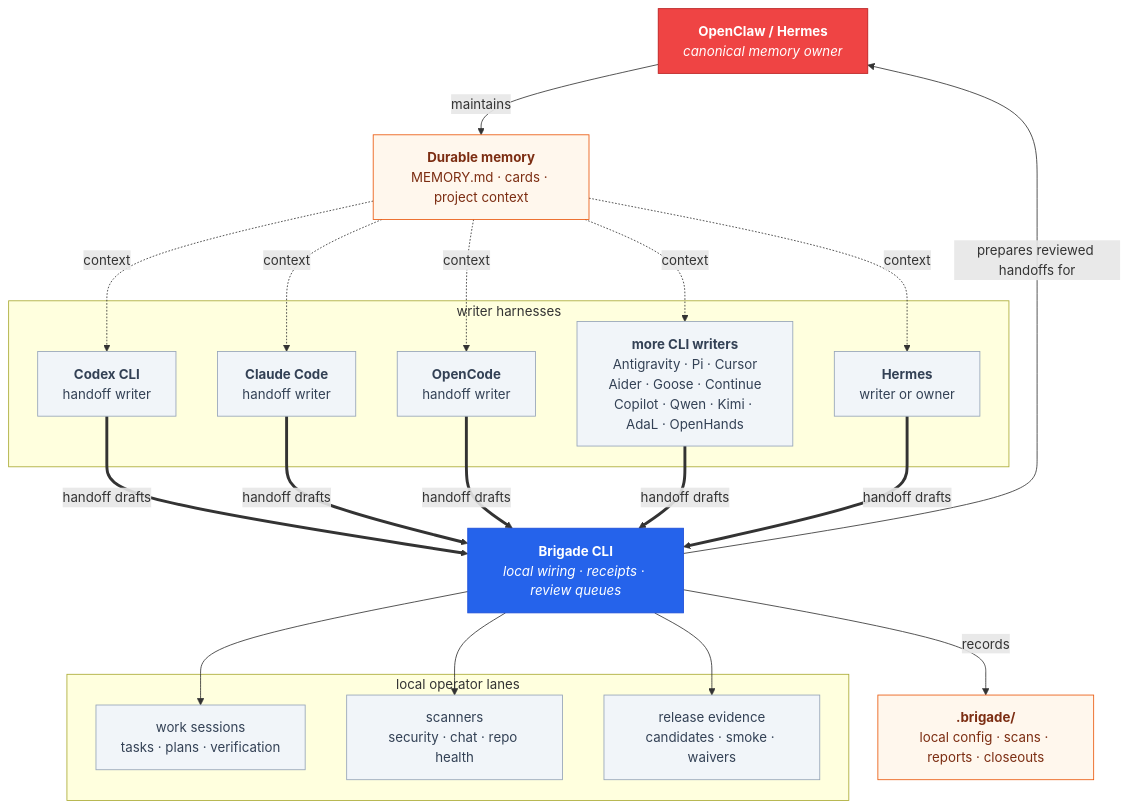
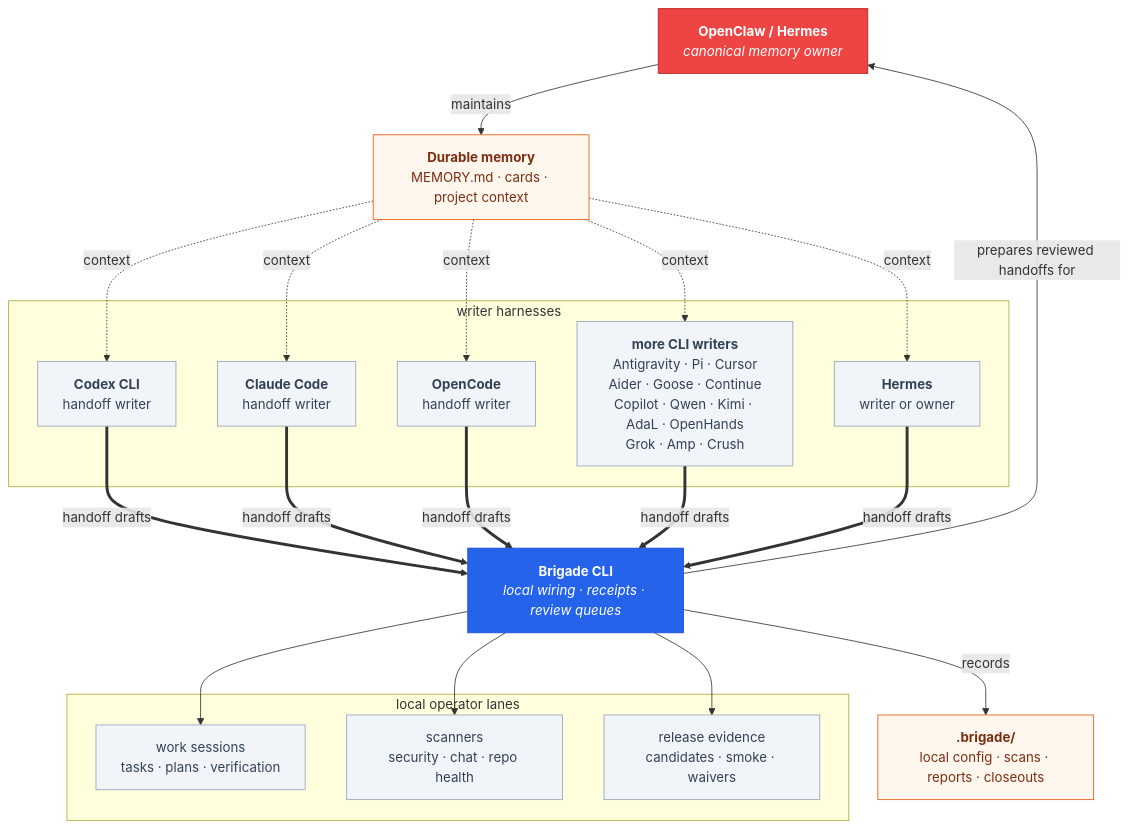
The first of 13 diagrams in docs/overview.md (escoffier-labs/brigade), drawn with Mermaid before and after one commit. The commit also changed other lines of this file and 40 other files, not shown here.

First line of the commit message:
feat: add grok, amp, and crush writer harnesses

````diff
--- a/docs/overview.md
+++ b/docs/overview.md
@@ -7,41 +7,41 @@
 ```mermaid
 flowchart TB
     OWNER["<b>OpenClaw / Hermes</b><br/><i>canonical memory owner</i>"]
     MEMORY["<b>Durable memory</b><br/>MEMORY.md · cards · project context"]
     BRIGADE["<b>Brigade CLI</b><br/><i>local wiring · receipts · review queues</i>"]
     STATE["<b>.brigade/</b><br/>local config · scans · reports · closeouts"]
 
     OWNER -->|maintains| MEMORY
     BRIGADE -->|records| STATE
     BRIGADE -->|prepares reviewed handoffs for| OWNER
 
     subgraph WRITERS [" writer harnesses "]
         CODEX["<b>Codex CLI</b><br/>handoff writer"]
         CLAUDE["<b>Claude Code</b><br/>handoff writer"]
         OPEN["<b>OpenCode</b><br/>handoff writer"]
-        MORE["<b>more CLI writers</b><br/>Antigravity · Pi · Cursor<br/>Aider · Goose · Continue<br/>Copilot · Qwen · Kimi · AdaL · OpenHands"]
+        MORE["<b>more CLI writers</b><br/>Antigravity · Pi · Cursor<br/>Aider · Goose · Continue<br/>Copilot · Qwen · Kimi · AdaL · OpenHands<br/>Grok · Amp · Crush"]
         HERMES["<b>Hermes</b><br/>writer or owner"]
     end
 
     CODEX & CLAUDE & OPEN & MORE & HERMES == handoff drafts ==> BRIGADE
     MEMORY -. context .-> CODEX & CLAUDE & OPEN & MORE & HERMES
 
     subgraph LOCAL [" local operator lanes "]
         WORK["work sessions<br/>tasks · plans · verification"]
         SCAN["scanners<br/>security · chat · repo health"]
         RELEASE["release evidence<br/>candidates · smoke · waivers"]
     end
 
     BRIGADE --> WORK
     BRIGADE --> SCAN
     BRIGADE --> RELEASE
 
     classDef owner fill:#ef4444,stroke:#b91c1c,color:#fff;
     classDef brigade fill:#2563eb,stroke:#1d4ed8,color:#fff;
     classDef state fill:#fff7ed,stroke:#ea580c,color:#7c2d12;
     classDef lane fill:#f1f5f9,stroke:#94a3b8,color:#334155;
     class OWNER owner;
     class BRIGADE brigade;
     class MEMORY,STATE state;
     class WORK,SCAN,RELEASE,CODEX,CLAUDE,OPEN,MORE,HERMES lane;
 ```
````
